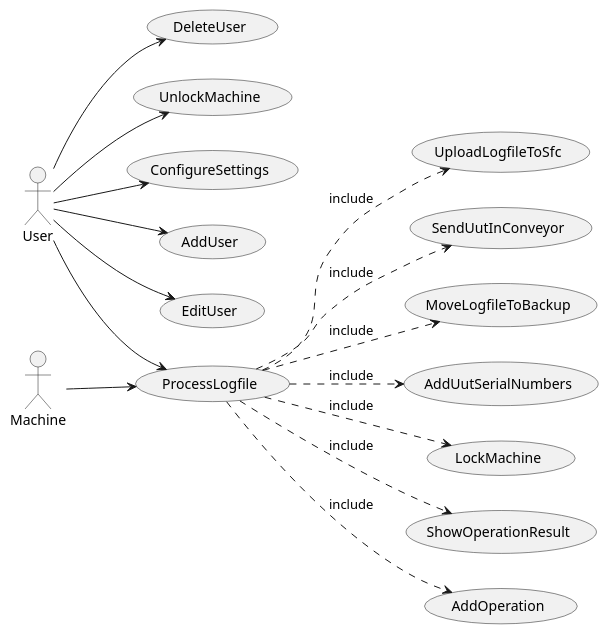
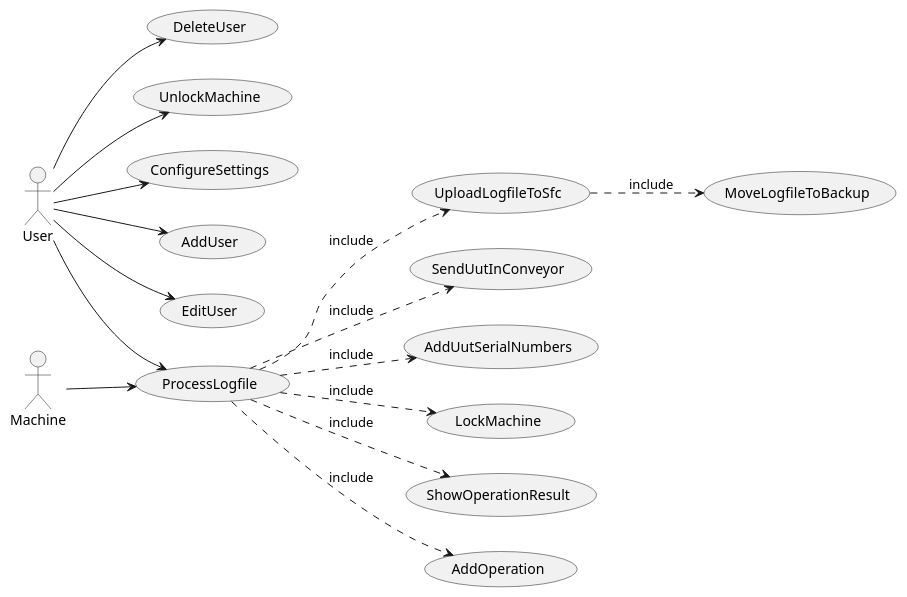
One commit to David1906/Hermes-4.0 changed the diagram in docs/hermesUseCases.puml. Above: the diagram before and after it, drawn with PlantUML. The commit also changed 40 other files, not shown here.

```diff
--- a/docs/hermesUseCases.puml
+++ b/docs/hermesUseCases.puml
@@ -1,30 +1,31 @@
 @startuml Use cases
 left to right direction
 
 usecase (ProcessLogfile)
+usecase (MoveLogfileToBackup)
 usecase (UploadLogfileToSfc)
 usecase (SendUutInConveyor)
-usecase (MoveLogfileToBackup)
 usecase (AddUutSerialNumbers)
 usecase (LockMachine)
 usecase (UnlockMachine)
 usecase (ShowOperationResult)
 usecase (AddOperation)
 
 :User: --> (ProcessLogfile)
 :User: --> (UnlockMachine)
 :User: --> (ConfigureSettings)
 :User: --> (AddUser)
 :User: --> (EditUser)
 :User: --> (DeleteUser)
 
 :Machine: --> (ProcessLogfile)
 (ProcessLogfile) ..> (UploadLogfileToSfc) : "include"
 (ProcessLogfile) ..> (SendUutInConveyor) : "include"
-(ProcessLogfile) ..> (MoveLogfileToBackup) : "include"
 (ProcessLogfile) ..> (AddUutSerialNumbers) : "include"
 (ProcessLogfile) ..> (LockMachine) : "include"
 (ProcessLogfile) ..> (ShowOperationResult) : "include"
 (ProcessLogfile) ..> (AddOperation) : "include"
 
+(UploadLogfileToSfc) ..> (MoveLogfileToBackup) : "include"
+
 @enduml
```
